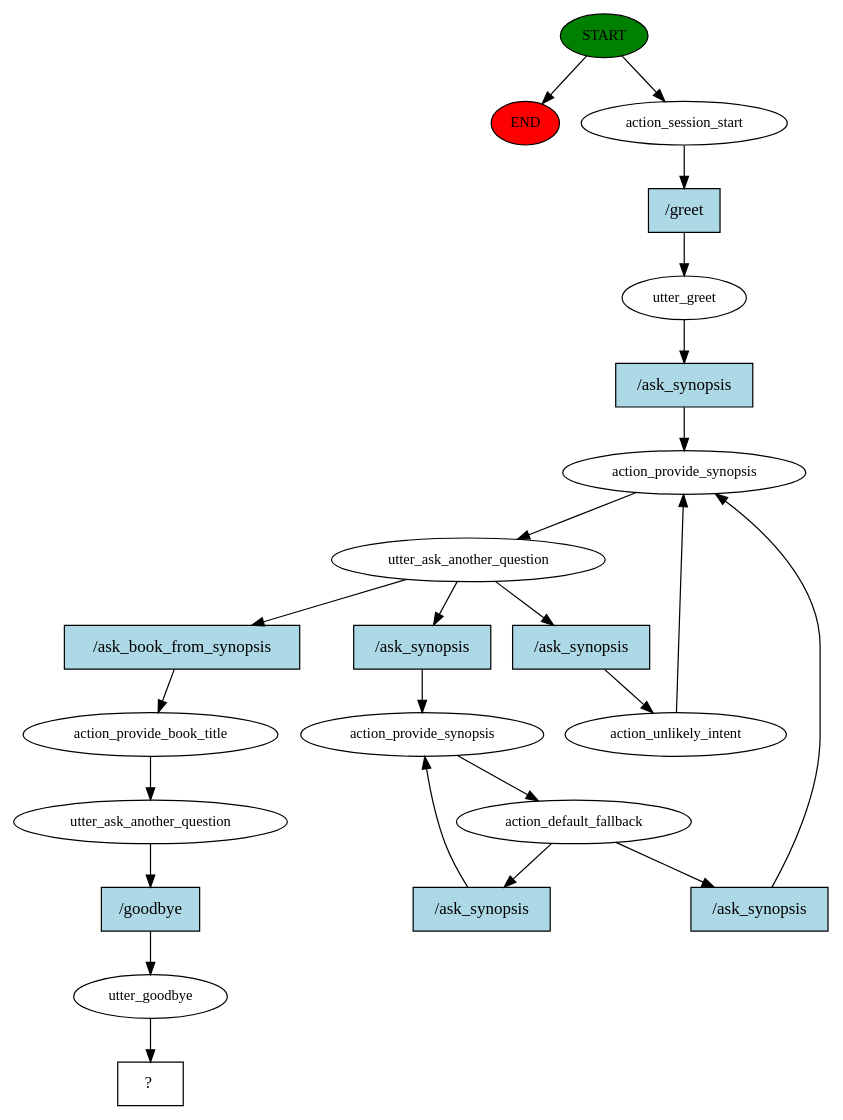
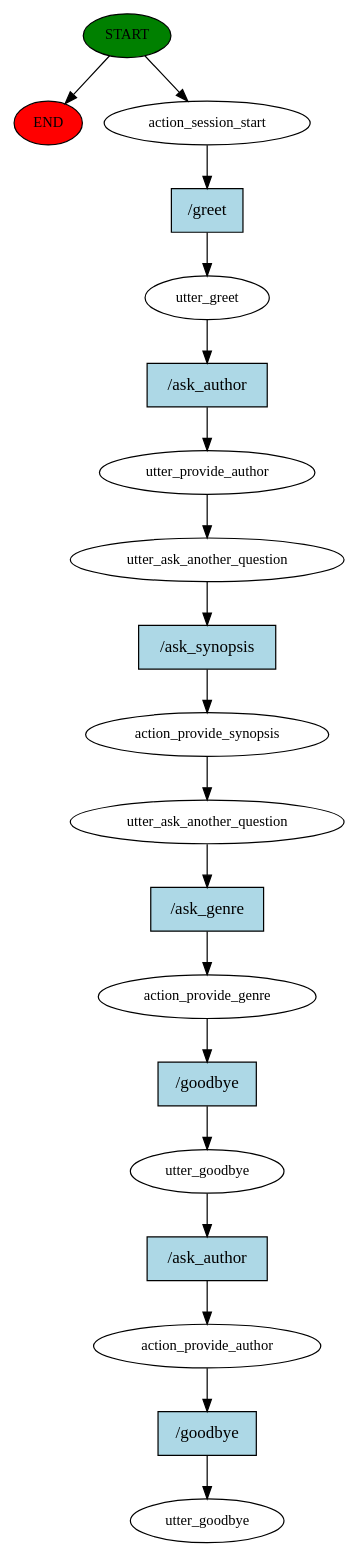
The diagram in story_graph.dot (MichaelKuswanto/The-Rasa-Answer-Machine-GPT3), drawn with Graphviz before and after one commit. The commit also changed 6 other files, not shown here.

```diff
--- a/story_graph.dot
+++ b/story_graph.dot
@@ -1,46 +1,39 @@
 digraph  {
 0 [class="start active", fillcolor=green, fontsize=12, label=START, style=filled];
 "-1" [class=end, fillcolor=red, fontsize=12, label=END, style=filled];
 1 [class=active, fontsize=12, label=action_session_start];
 2 [class=active, fontsize=12, label=utter_greet];
-3 [class=active, fontsize=12, label=action_provide_synopsis];
+3 [class=active, fontsize=12, label=utter_provide_author];
 4 [class=active, fontsize=12, label=utter_ask_another_question];
 5 [class=active, fontsize=12, label=action_provide_synopsis];
-6 [class=active, fontsize=12, label=action_default_fallback];
-19 [class=active, fontsize=12, label=action_unlikely_intent];
-25 [class=active, fontsize=12, label=action_provide_book_title];
-26 [class=active, fontsize=12, label=utter_ask_another_question];
-27 [class=active, fontsize=12, label=utter_goodbye];
-28 [class="intent dashed active", label="  ?  ", shape=rect];
-29 [class="intent active", fillcolor=lightblue, label="/greet", shape=rect, style=filled];
-30 [class="intent active", fillcolor=lightblue, label="/ask_synopsis", shape=rect, style=filled];
-31 [class="intent active", fillcolor=lightblue, label="/ask_synopsis", shape=rect, style=filled];
-32 [class="intent active", fillcolor=lightblue, label="/ask_synopsis", shape=rect, style=filled];
-33 [class="intent active", fillcolor=lightblue, label="/ask_book_from_synopsis", shape=rect, style=filled];
-34 [class="intent active", fillcolor=lightblue, label="/ask_synopsis", shape=rect, style=filled];
-35 [class="intent active", fillcolor=lightblue, label="/ask_synopsis", shape=rect, style=filled];
-36 [class="intent active", fillcolor=lightblue, label="/goodbye", shape=rect, style=filled];
+6 [class=active, fontsize=12, label=utter_ask_another_question];
+7 [class=active, fontsize=12, label=action_provide_genre];
+8 [class=active, fontsize=12, label=utter_goodbye];
+9 [class=active, fontsize=12, label=action_provide_author];
+10 [class="dashed active", fontsize=12, label=utter_goodbye];
+11 [class="intent active", fillcolor=lightblue, label="/greet", shape=rect, style=filled];
+12 [class="intent active", fillcolor=lightblue, label="/ask_author", shape=rect, style=filled];
+13 [class="intent active", fillcolor=lightblue, label="/ask_synopsis", shape=rect, style=filled];
+14 [class="intent active", fillcolor=lightblue, label="/ask_genre", shape=rect, style=filled];
+15 [class="intent active", fillcolor=lightblue, label="/goodbye", shape=rect, style=filled];
+16 [class="intent active", fillcolor=lightblue, label="/ask_author", shape=rect, style=filled];
+17 [class="intent active", fillcolor=lightblue, label="/goodbye", shape=rect, style=filled];
 0 -> "-1"  [class="", key=NONE, label=""];
 0 -> 1  [class=active, key=NONE, label=""];
-1 -> 29  [class=active, key=0];
-2 -> 30  [class=active, key=0];
+1 -> 11  [class=active, key=0];
+2 -> 12  [class=active, key=0];
 3 -> 4  [class=active, key=NONE, label=""];
-4 -> 31  [class=active, key=0];
-4 -> 32  [class=active, key=0];
-4 -> 33  [class=active, key=0];
+4 -> 13  [class=active, key=0];
 5 -> 6  [class=active, key=NONE, label=""];
-6 -> 34  [class=active, key=0];
-6 -> 35  [class=active, key=0];
-19 -> 3  [class=active, key=NONE, label=""];
-25 -> 26  [class=active, key=NONE, label=""];
-26 -> 36  [class=active, key=0];
-27 -> 28  [class=active, key=NONE, label=""];
-29 -> 2  [class=active, key=0];
-30 -> 3  [class=active, key=0];
-31 -> 5  [class=active, key=0];
-32 -> 19  [class=active, key=0];
-33 -> 25  [class=active, key=0];
-34 -> 5  [class=active, key=0];
-35 -> 3  [class=active, key=0];
-36 -> 27  [class=active, key=0];
+6 -> 14  [class=active, key=0];
+7 -> 15  [class=active, key=0];
+8 -> 16  [class=active, key=0];
+9 -> 17  [class=active, key=0];
+11 -> 2  [class=active, key=0];
+12 -> 3  [class=active, key=0];
+13 -> 5  [class=active, key=0];
+14 -> 7  [class=active, key=0];
+15 -> 8  [class=active, key=0];
+16 -> 9  [class=active, key=0];
+17 -> 10  [class=active, key=0];
 }
```
